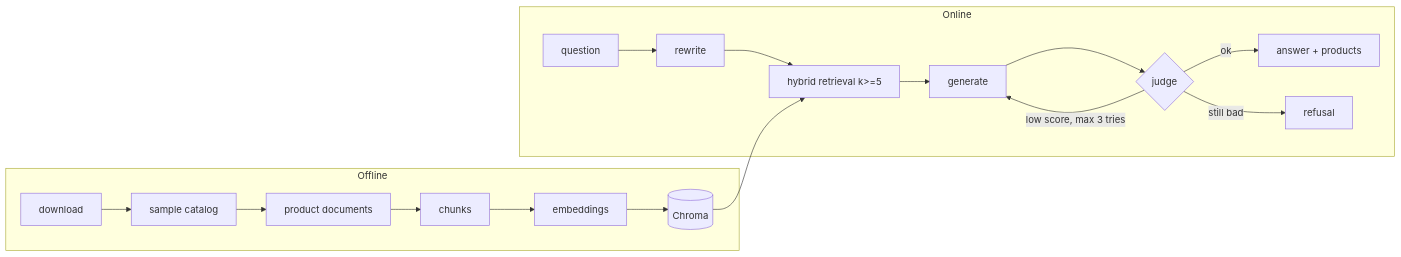
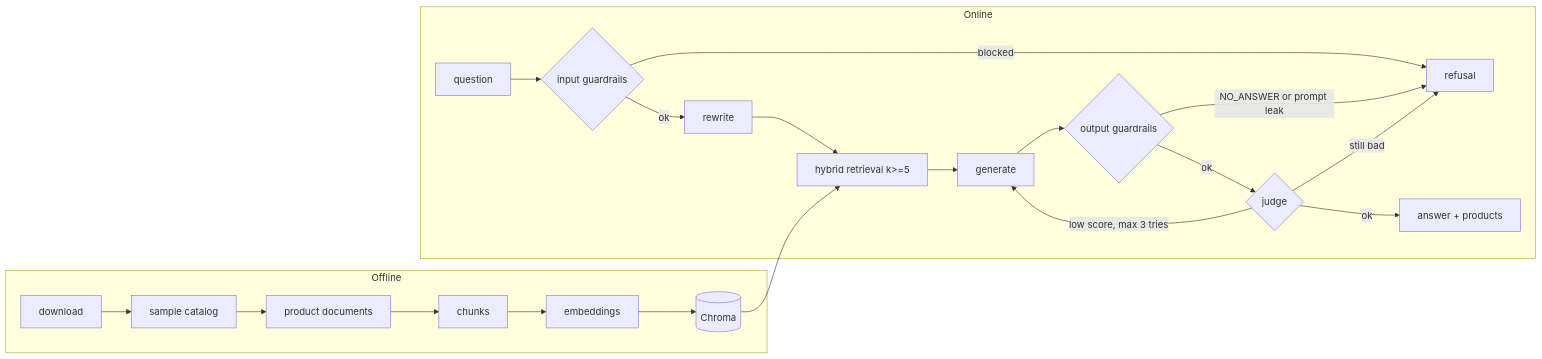
Before and after one commit to fsystemweb/rag-ecommerce: the diagram in docs/architecture.md, drawn with Mermaid. The commit also changed other lines of this file, not shown here.

Commit message:
Document guardrails and judge in architecture page (#32)

````diff
--- a/docs/architecture.md
+++ b/docs/architecture.md
@@ -3,13 +3,17 @@
 ```mermaid
 flowchart LR
   subgraph Offline
     A[download] --> B[sample catalog] --> C[product documents] --> D[chunks] --> E[embeddings] --> F[(Chroma)]
   end
   subgraph Online
-    Q[question] --> R[rewrite] --> H[hybrid retrieval k>=5] --> G[generate] --> J{judge}
+    Q[question] --> IG{input guardrails}
+    IG -- blocked --> REF[refusal]
+    IG -- ok --> R[rewrite] --> H[hybrid retrieval k>=5] --> G[generate] --> OG{output guardrails}
+    OG -- NO_ANSWER or prompt leak --> REF
+    OG -- ok --> J{judge}
     J -- ok --> ANS[answer + products]
     J -- low score, max 3 tries --> G
-    J -- still bad --> REF[refusal]
+    J -- still bad --> REF
   end
   F --> H
 ```
````
